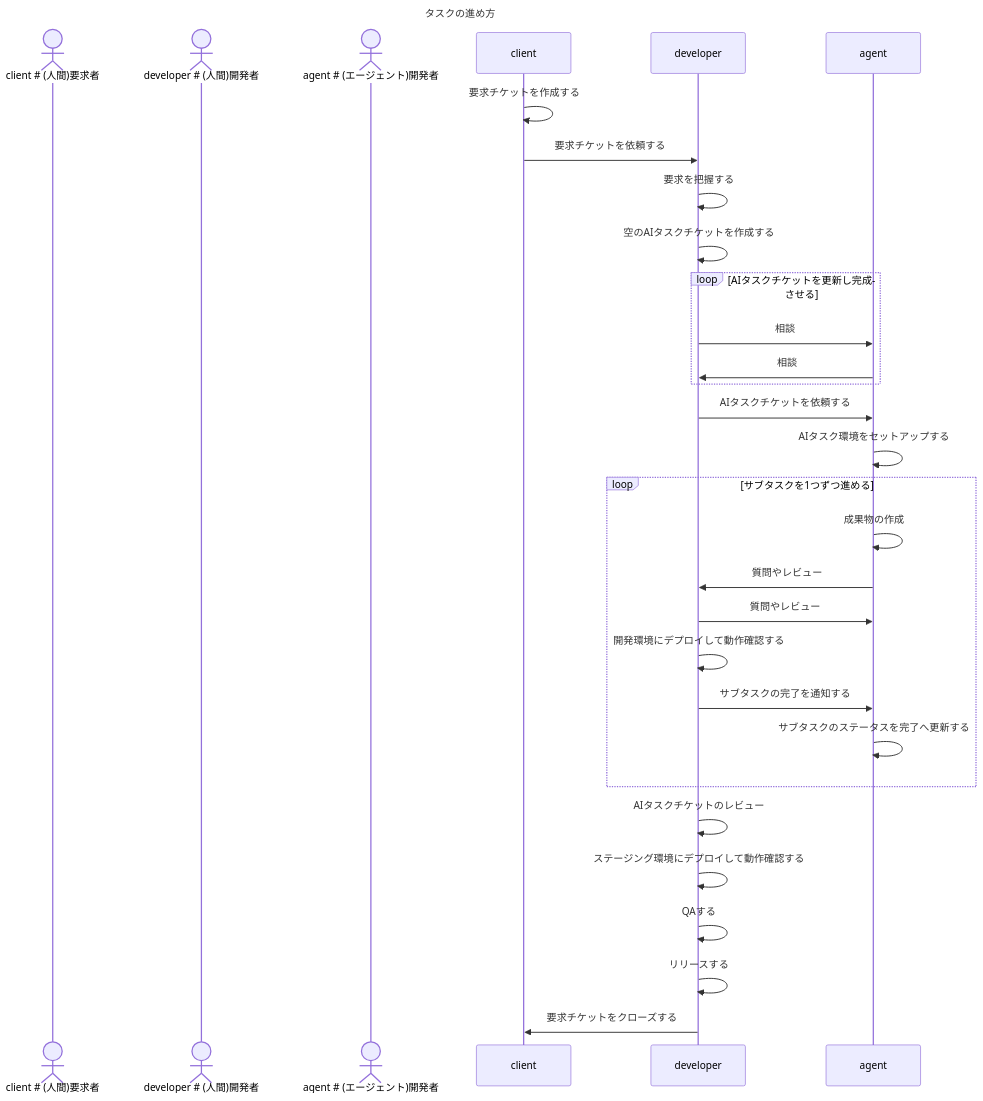
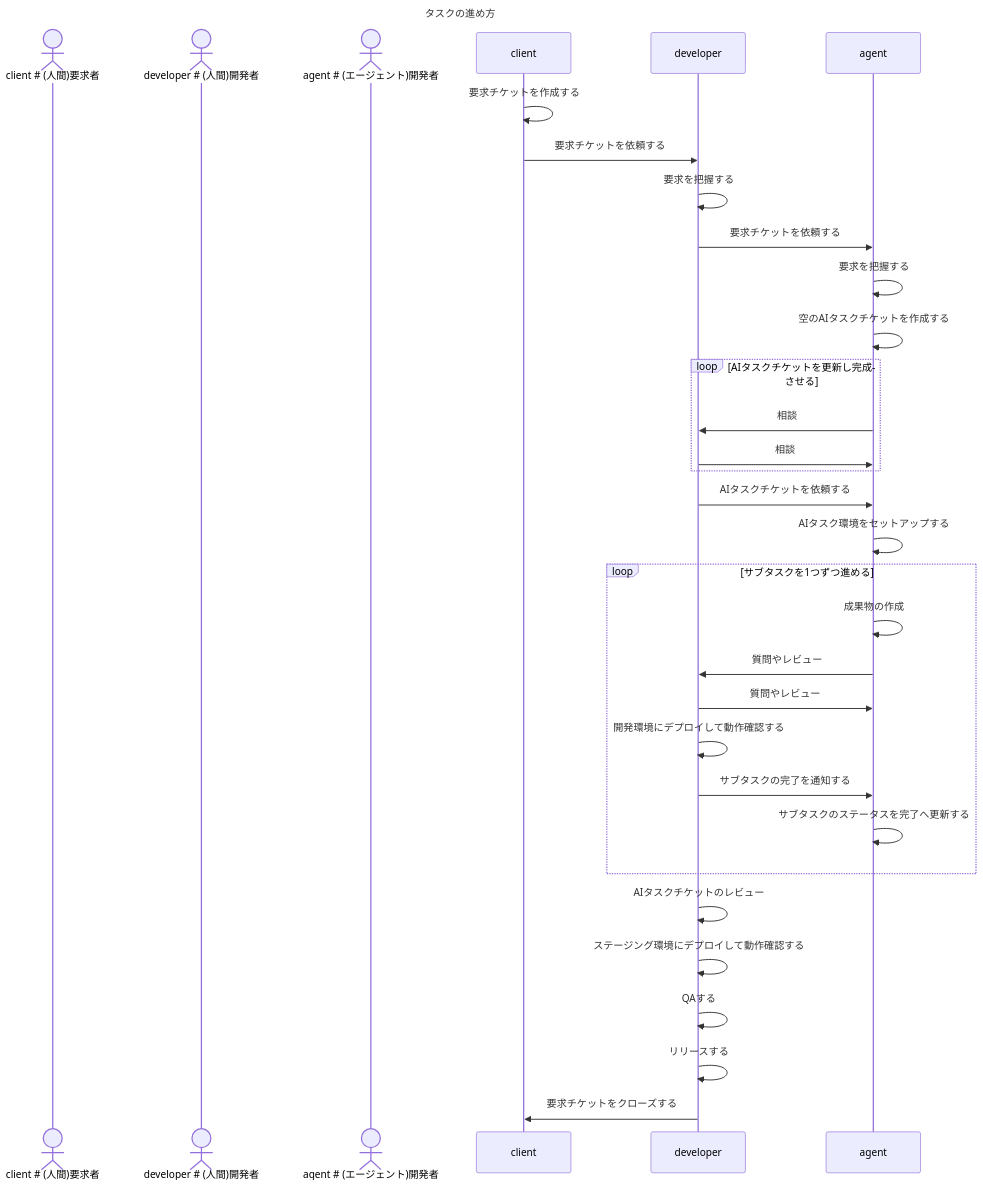
The diagram in AGENTS.md (suzuito/playground2-go), drawn with Mermaid before and after one commit. The commit also changed other lines of this file, not shown here.

````diff
--- a/AGENTS.md
+++ b/AGENTS.md
@@ -78,35 +78,37 @@
 ```mermaid
 ---
 title: タスクの進め方
 ---
 sequenceDiagram
   actor client # (人間)要求者
   actor developer # (人間)開発者
   actor agent # (エージェント)開発者
 
   client->>client: 要求チケットを作成する
   client->>developer: 要求チケットを依頼する
   developer->>developer: 要求を把握する
-  developer->>developer: 空のAIタスクチケットを作成する
+  developer->>agent: 要求チケットを依頼する
+  agent->>agent: 要求を把握する
+  agent->>agent: 空のAIタスクチケットを作成する
   loop AIタスクチケットを更新し完成させる
+    agent->>developer: 相談
     developer->>agent: 相談
-    agent->>developer: 相談
   end
 
   developer->>agent: AIタスクチケットを依頼する
   agent->>agent: AIタスク環境をセットアップする
   loop サブタスクを1つずつ進める
     agent->>agent: 成果物の作成
     agent->>developer: 質問やレビュー
     developer->>agent: 質問やレビュー
     developer->>developer: 開発環境にデプロイして動作確認する
     developer->>agent: サブタスクの完了を通知する
     agent->>agent: サブタスクのステータスを完了へ更新する
   end
 
   developer->>developer: AIタスクチケットのレビュー
   developer->>developer: ステージング環境にデプロイして動作確認する
   developer->>developer: QAする
   developer->>developer: リリースする
   developer->>client: 要求チケットをクローズする
 ```
````
